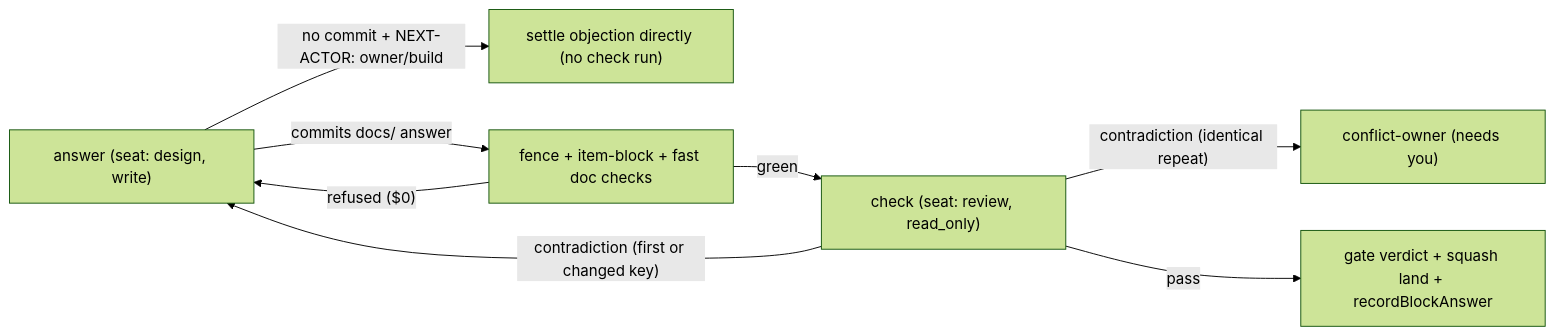
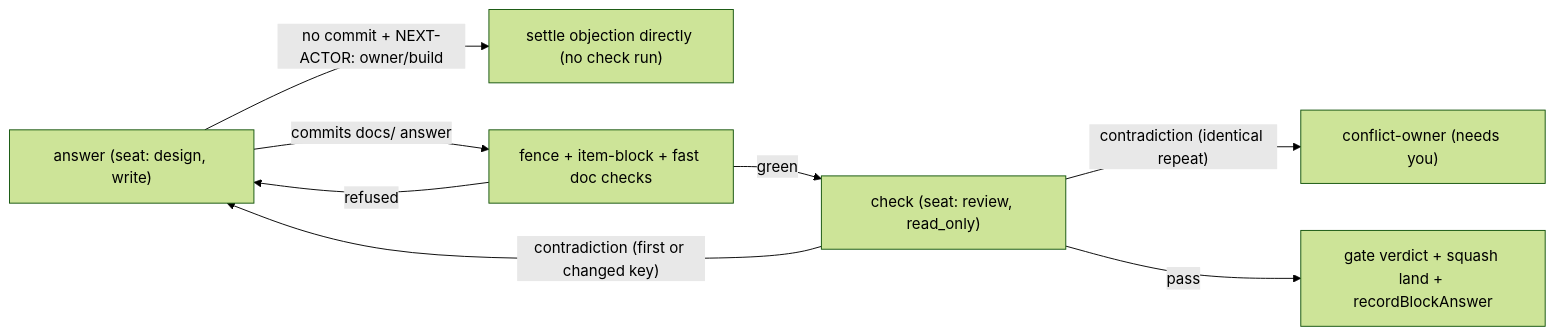
Before and after one commit to mschulkind-oss/tillr: the diagram in docs/design/tillr-conflict-answer-check.md, drawn with Mermaid (forest theme). The commit also changed other lines of this file and 8 other files, not shown here.

````diff
--- a/docs/design/tillr-conflict-answer-check.md
+++ b/docs/design/tillr-conflict-answer-check.md
@@ -235,10 +214,10 @@
 ```mermaid
 flowchart LR
     A["answer (seat: design, write)"] -- "no commit + NEXT-ACTOR: owner/build" --> S["settle objection directly (no check run)"]
     A -- "commits docs/ answer" --> F["fence + item-block + fast doc checks"]
-    F -- "refused ($0)" --> A
+    F -- "refused" --> A
     F -- "green" --> C["check (seat: review, read_only)"]
     C -- "contradiction (first or changed key)" --> A
     C -- "contradiction (identical repeat)" --> O["conflict-owner (needs you)"]
     C -- "pass" --> L["gate verdict + squash land + recordBlockAnswer"]
 ```
````
